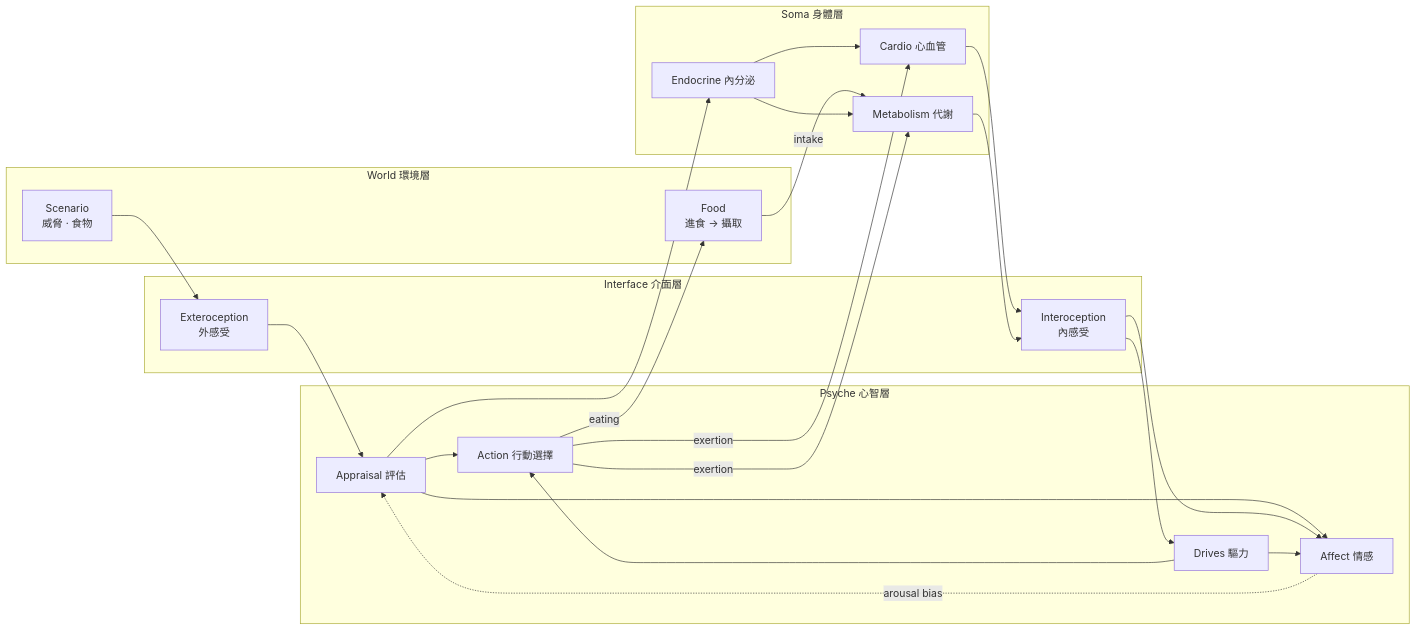
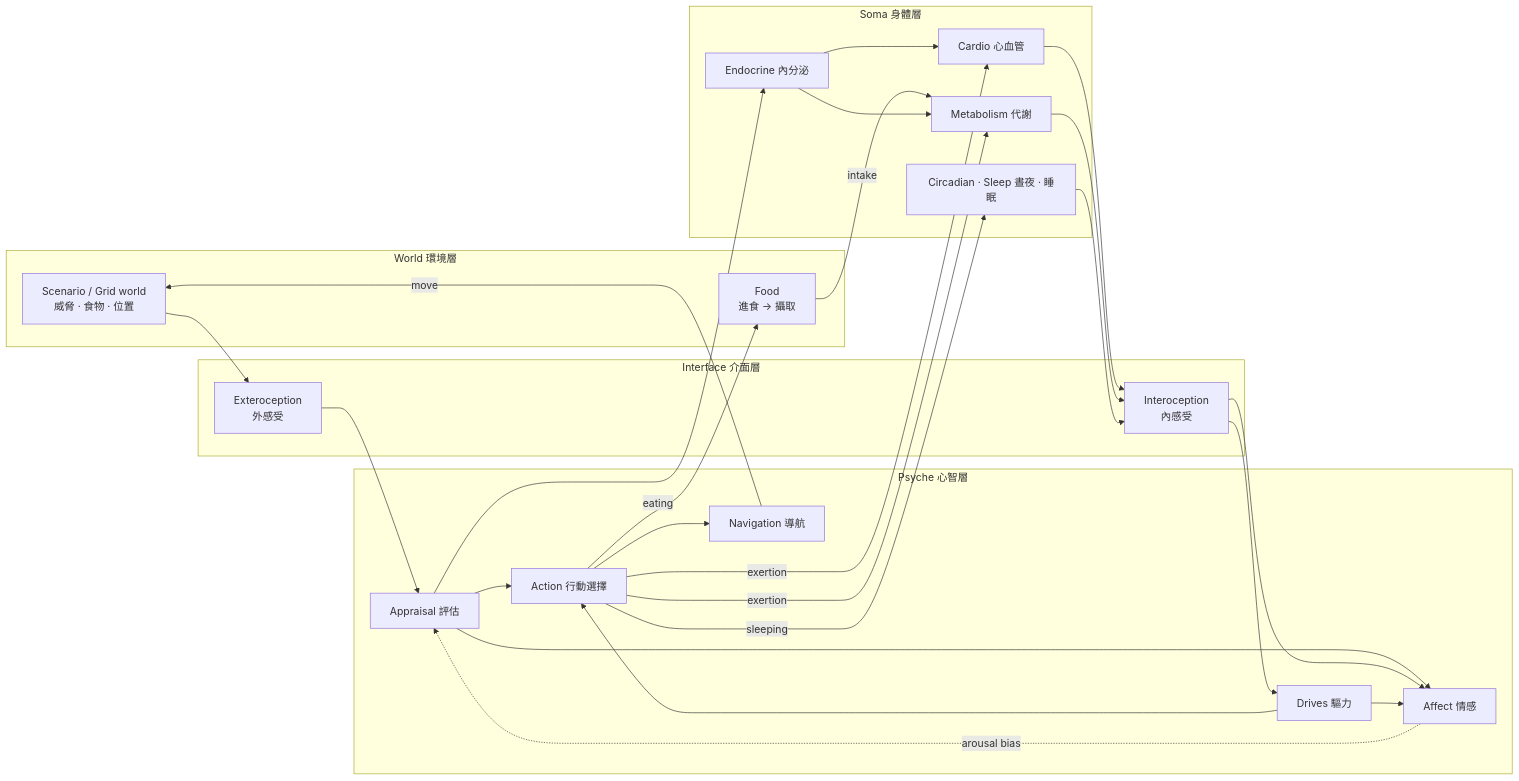
One commit to Galen-Chu/Unbodysoma changed the diagram in README.md. Above: the diagram before and after it, drawn with Mermaid. The commit also changed other lines of this file and 61 other files, not shown here.

````diff
--- a/README.md
+++ b/README.md
@@ -83,39 +109,45 @@
 ```mermaid
 flowchart LR
     subgraph WORLD["World 環境層"]
-        W["Scenario<br/>威脅 · 食物"]
+        W["Scenario / Grid world<br/>威脅 · 食物 · 位置"]
         FOOD["Food<br/>進食 → 攝取"]
     end
     subgraph IFACE["Interface 介面層"]
         EXT["Exteroception<br/>外感受"]
         INT["Interoception<br/>內感受"]
     end
     subgraph PSYCHE["Psyche 心智層"]
         AP["Appraisal 評估"]
         AF["Affect 情感"]
         DR["Drives 驅力"]
         AC["Action 行動選擇"]
+        NAV["Navigation 導航"]
     end
     subgraph SOMA["Soma 身體層"]
         EN["Endocrine 內分泌"]
         CV["Cardio 心血管"]
         ME["Metabolism 代謝"]
+        SL["Circadian · Sleep 晝夜 · 睡眠"]
     end
     W --> EXT --> AP
     AP --> AF
     AP --> AC
     AP --> EN
     AC -->|exertion| CV
     AC -->|exertion| ME
     AC -->|eating| FOOD
     FOOD -->|intake| ME
     EN --> CV
     EN --> ME
     CV --> INT
     ME --> INT
     INT --> AF
     INT --> DR
     DR --> AF
     DR --> AC
+    AC -->|sleeping| SL
+    SL --> INT
+    AC --> NAV
+    NAV -->|move| W
     AF -.->|arousal bias| AP
 ```
````
